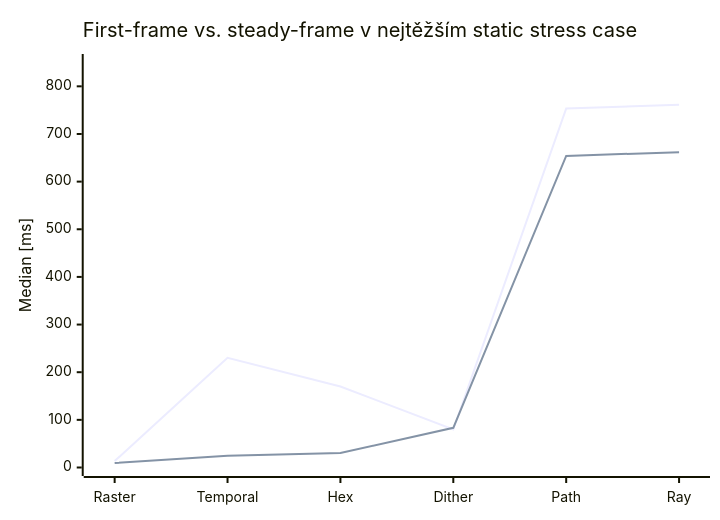
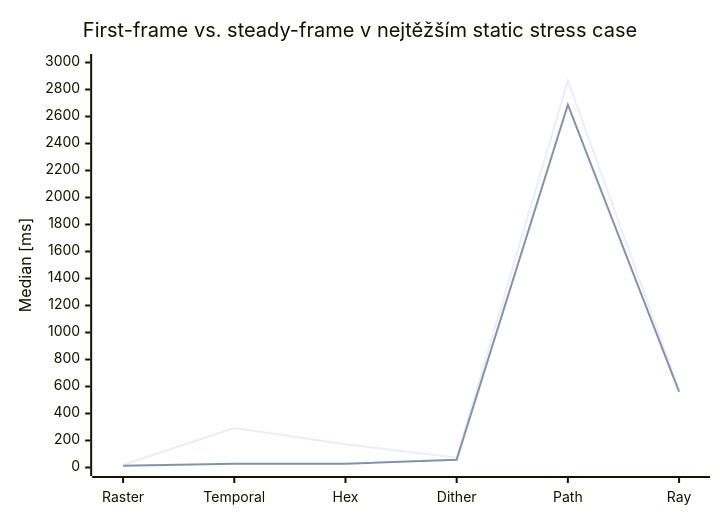
Before and after one commit to Esperosa/3D-Renderer-Josefina---PGR2: the third of 13 diagrams in README.md, drawn with Mermaid. The commit also changed other lines of this file and 112 other files, not shown here.

Commit message:
Refactor ray/path preview pipeline, HDR environments, and runtime telemetry

````diff
--- a/README.md
+++ b/README.md
@@ -261,8 +258,8 @@
 ```mermaid
 xychart-beta
-    title "First-frame vs. steady-frame v nejtěžším static stress case"
-    x-axis ["Raster", "Temporal", "Hex", "Dither", "Path", "Ray"]
-    y-axis "Median [ms]" 0 --> 850
-    line "First-frame" [13.42, 230.24, 170.03, 79.77, 753.34, 761.22]
-    line "Steady-frame" [9.36, 24.49, 30.48, 83.33, 653.86, 661.84]
+  title "First-frame vs. steady-frame v nejtěžším static stress case"
+  x-axis ["Raster", "Temporal", "Hex", "Dither", "Path", "Ray"]
+  y-axis "Median [ms]" 0 --> 3000
+  line "First-frame" [18.73, 293.02, 171.64, 72.69, 2865.78, 574.12]
+  line "Steady-frame" [12.43, 27.65, 28.51, 57.99, 2687.38, 561.02]
 ```
````
